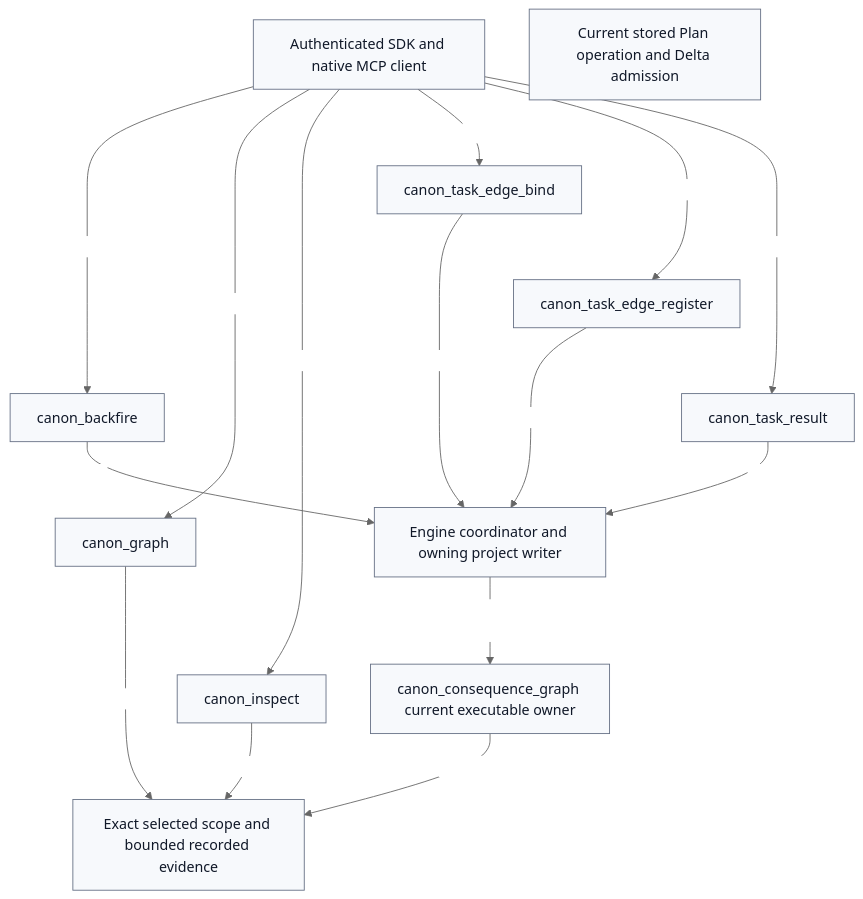
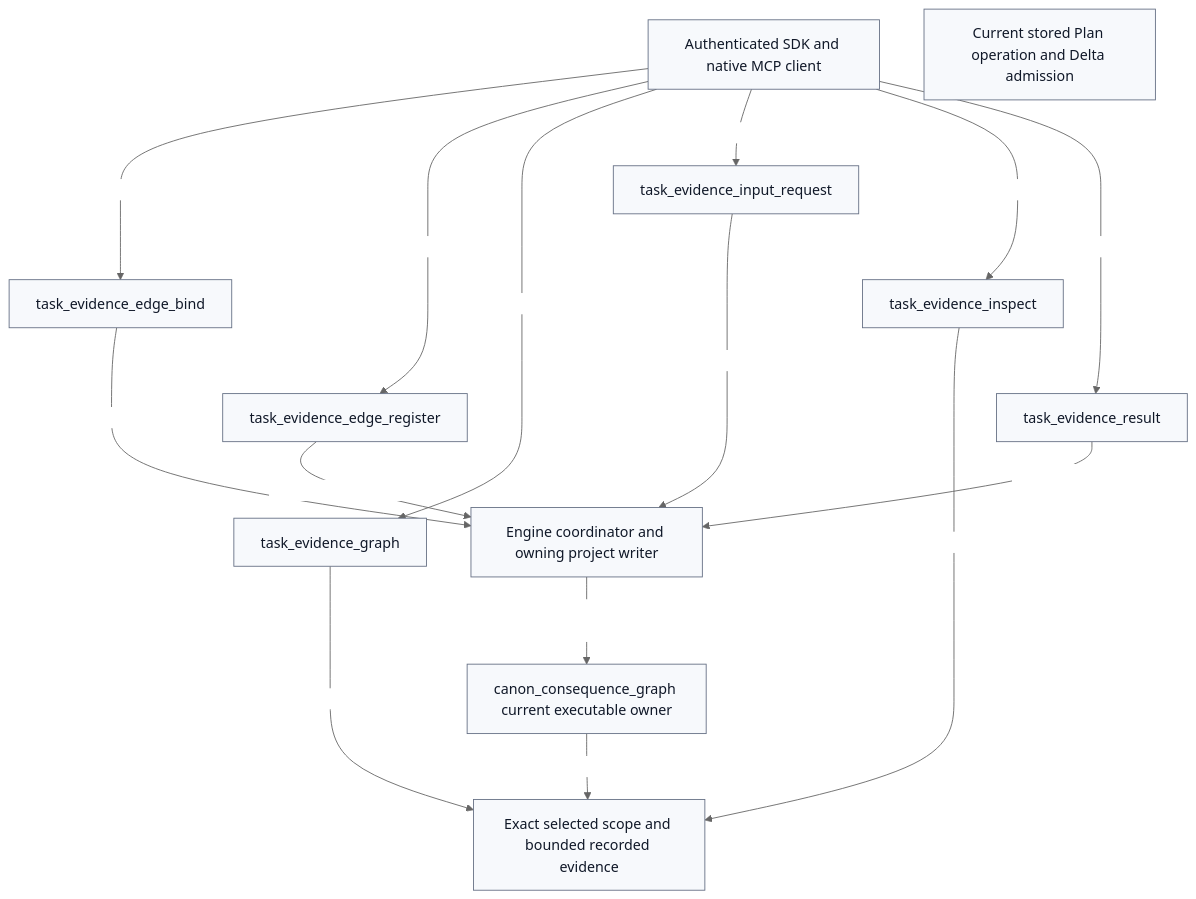
The diagram in plugins/evidence-lane-plugin/authorities/canon_input/consequence_graph/workflow.mmd (rathee000001/evidence_lane_plugin), drawn with Mermaid (neutral theme) before and after one commit. The commit also changed 2566 other files, not shown here.

```diff
--- a/plugins/evidence-lane-plugin/authorities/canon_input/consequence_graph/workflow.mmd
+++ b/plugins/evidence-lane-plugin/authorities/canon_input/consequence_graph/workflow.mmd
@@ -1,48 +1,48 @@
 flowchart TB
 %% EVIDENCE_LANE_GRAPH_ENGINE=LANGGRAPH_STATEGRAPH
 %% LANGGRAPH_VERSION=1.2.11
-%% LANGGRAPH_EXPORT_SHA256=78DF007A597BDBC8491BC779D7F1563474A0D7F6DD3118E0317D0029739C3E71
+%% LANGGRAPH_EXPORT_SHA256=3A59C6E13DE6633E9D68505F50839159BA09688234A89FF0C7490550186045C9
 %% EVIDENCE_LANE_LAYOUT=BALANCED_TWO_DIMENSIONAL_FANOUT_V1
 %% EVIDENCE_LANE_LAYOUT_CONSTRAINT_COUNT=4
   classDef root fill:#101828,stroke:#101828,color:#fff,stroke-width:2px;
   classDef source fill:#edf5ff,stroke:#125cdd,color:#101828;
   classDef semantic fill:#f0ebff,stroke:#7147c7,color:#101828;
   classDef retrieval fill:#eaf8f1,stroke:#24805c,color:#101828;
   classDef git fill:#fff7e7,stroke:#c88722,color:#101828;
   classDef lifecycle fill:#fff1f0,stroke:#ba4236,color:#101828;
   classDef output fill:#f7f9fc,stroke:#667085,color:#101828;
   classDef warn fill:#fff7e7,stroke:#c88722,color:#101828;
   classDef table fill:#f0ebff,stroke:#7147c7,color:#101828;
   classDef column fill:#f7f9fc,stroke:#667085,color:#101828;
   classDef default fill:#f7f9fc,stroke:#667085,color:#101828;
   sdk["Authenticated SDK and native MCP client"]:::default
   read["Exact selected scope and bounded recorded evidence"]:::default
   writer["Engine coordinator and owning project writer"]:::default
   delta["Current stored Plan operation and Delta admission"]:::default
   owner["canon_consequence_graph current executable owner"]:::default
-  action_canon_backfire["canon_backfire"]:::default
-  action_canon_graph["canon_graph"]:::default
-  action_canon_inspect["canon_inspect"]:::default
-  action_canon_task_edge_bind["canon_task_edge_bind"]:::default
-  action_canon_task_edge_register["canon_task_edge_register"]:::default
-  action_canon_task_result["canon_task_result"]:::default
-  sdk -->|"write"| action_canon_backfire
-  action_canon_backfire -->|"canon"| writer
-  sdk -->|"read"| action_canon_graph
-  action_canon_graph -->|"canon"| read
-  sdk -->|"read"| action_canon_inspect
-  action_canon_inspect -->|"canon"| read
-  sdk -->|"write"| action_canon_task_edge_bind
-  action_canon_task_edge_bind -->|"canon"| writer
-  sdk -->|"write"| action_canon_task_edge_register
-  action_canon_task_edge_register -->|"canon"| writer
-  sdk -->|"write"| action_canon_task_result
-  action_canon_task_result -->|"canon"| writer
+  action_task_evidence_edge_bind["task_evidence_edge_bind"]:::default
+  action_task_evidence_edge_register["task_evidence_edge_register"]:::default
+  action_task_evidence_graph["task_evidence_graph"]:::default
+  action_task_evidence_input_request["task_evidence_input_request"]:::default
+  action_task_evidence_inspect["task_evidence_inspect"]:::default
+  action_task_evidence_result["task_evidence_result"]:::default
+  sdk -->|"write"| action_task_evidence_edge_bind
+  action_task_evidence_edge_bind -->|"exchange-task-evidence"| writer
+  sdk -->|"write"| action_task_evidence_edge_register
+  action_task_evidence_edge_register -->|"exchange-task-evidence"| writer
+  sdk -->|"read"| action_task_evidence_graph
+  action_task_evidence_graph -->|"exchange-task-evidence"| read
+  sdk -->|"write"| action_task_evidence_input_request
+  action_task_evidence_input_request -->|"exchange-task-evidence"| writer
+  sdk -->|"read"| action_task_evidence_inspect
+  action_task_evidence_inspect -->|"exchange-task-evidence"| read
+  sdk -->|"write"| action_task_evidence_result
+  action_task_evidence_result -->|"exchange-task-evidence"| writer
   writer -->|"owned mutation and attributed result"| owner
   owner -->|"published state"| read
 %% EVIDENCE_LANE_LAYOUT_CONSTRAINTS_BEGIN
-  action_canon_backfire ~~~ action_canon_graph
-  action_canon_graph ~~~ action_canon_inspect
-  action_canon_task_edge_bind ~~~ action_canon_task_edge_register
-  action_canon_task_edge_register ~~~ action_canon_task_result
+  action_task_evidence_edge_bind ~~~ action_task_evidence_edge_register
+  action_task_evidence_edge_register ~~~ action_task_evidence_graph
+  action_task_evidence_input_request ~~~ action_task_evidence_inspect
+  action_task_evidence_inspect ~~~ action_task_evidence_result
 %% EVIDENCE_LANE_LAYOUT_CONSTRAINTS_END
```
